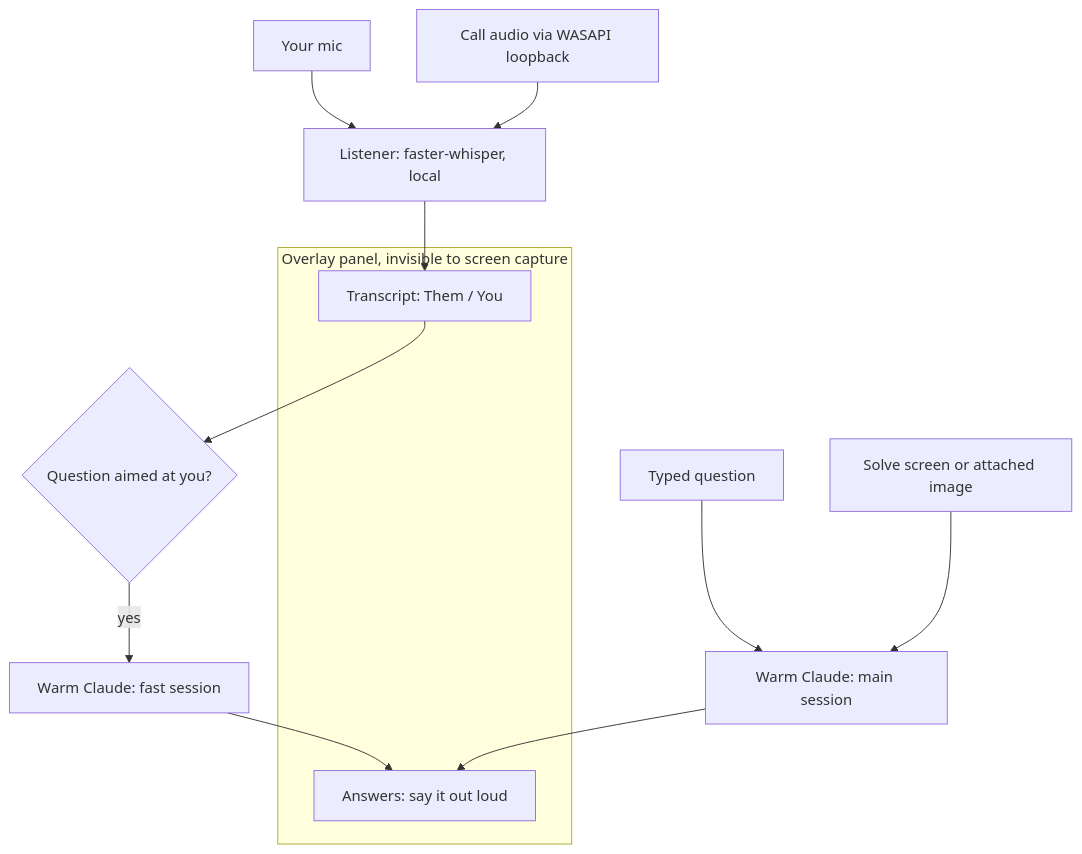
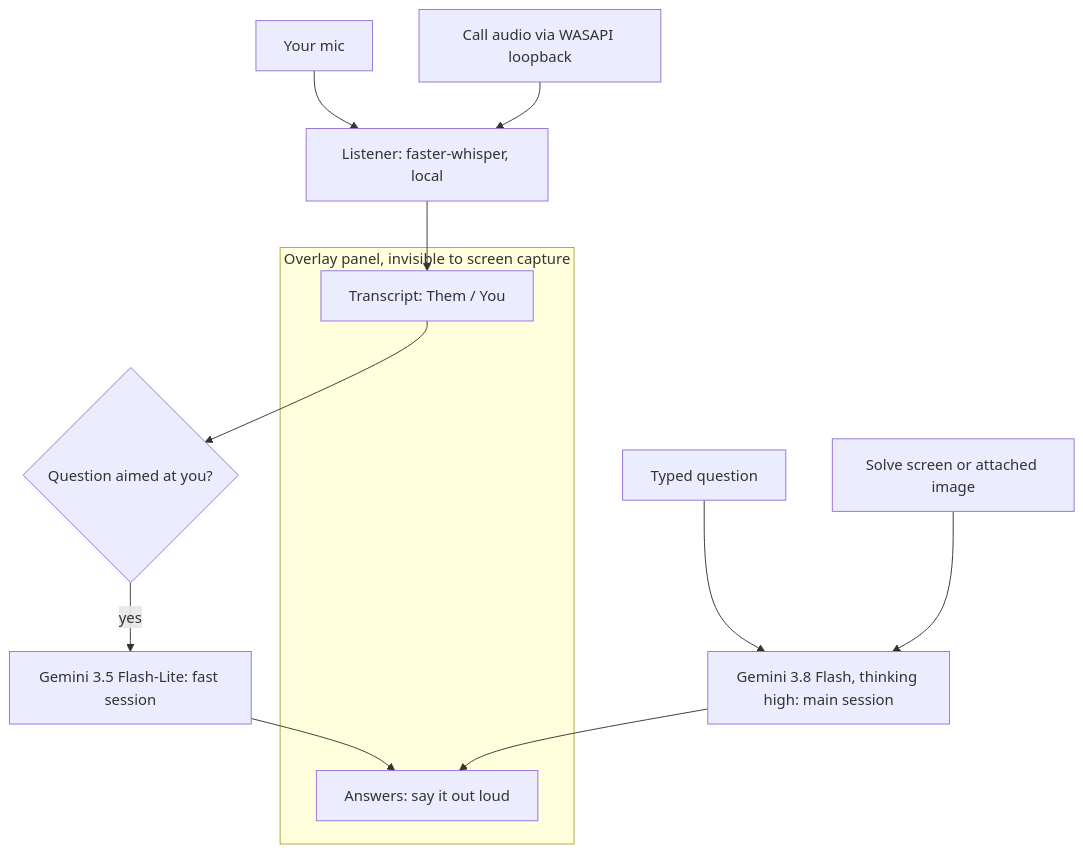
Before and after one commit to ron2k1/Ronils-Cluely-OPENSOURCE: the diagram in README.md, drawn with Mermaid. The commit also changed other lines of this file and 1 other file, not shown here.

First line of the commit message:
Document the Gemini setup, speed and timeouts

````diff
--- a/README.md
+++ b/README.md
@@ -18,16 +18,16 @@
 ```mermaid
 flowchart TD
     MIC["Your mic"] --> EARS["Listener: faster-whisper, local"]
     SYS["Call audio via WASAPI loopback"] --> EARS
     EARS --> TRANSCRIPT["Transcript: Them / You"]
     TRANSCRIPT --> DETECT{"Question aimed at you?"}
-    DETECT -->|yes| FAST["Warm Claude: fast session"]
-    TYPED["Typed question"] --> MAIN["Warm Claude: main session"]
+    DETECT -->|yes| FAST["Gemini 3.5 Flash-Lite: fast session"]
+    TYPED["Typed question"] --> MAIN["Gemini 3.8 Flash, thinking high: main session"]
     SCREEN["Solve screen or attached image"] --> MAIN
     FAST --> ANSWERS["Answers: say it out loud"]
     MAIN --> ANSWERS
     subgraph panel["Overlay panel, invisible to screen capture"]
         TRANSCRIPT
         ANSWERS
     end
 ```
````
